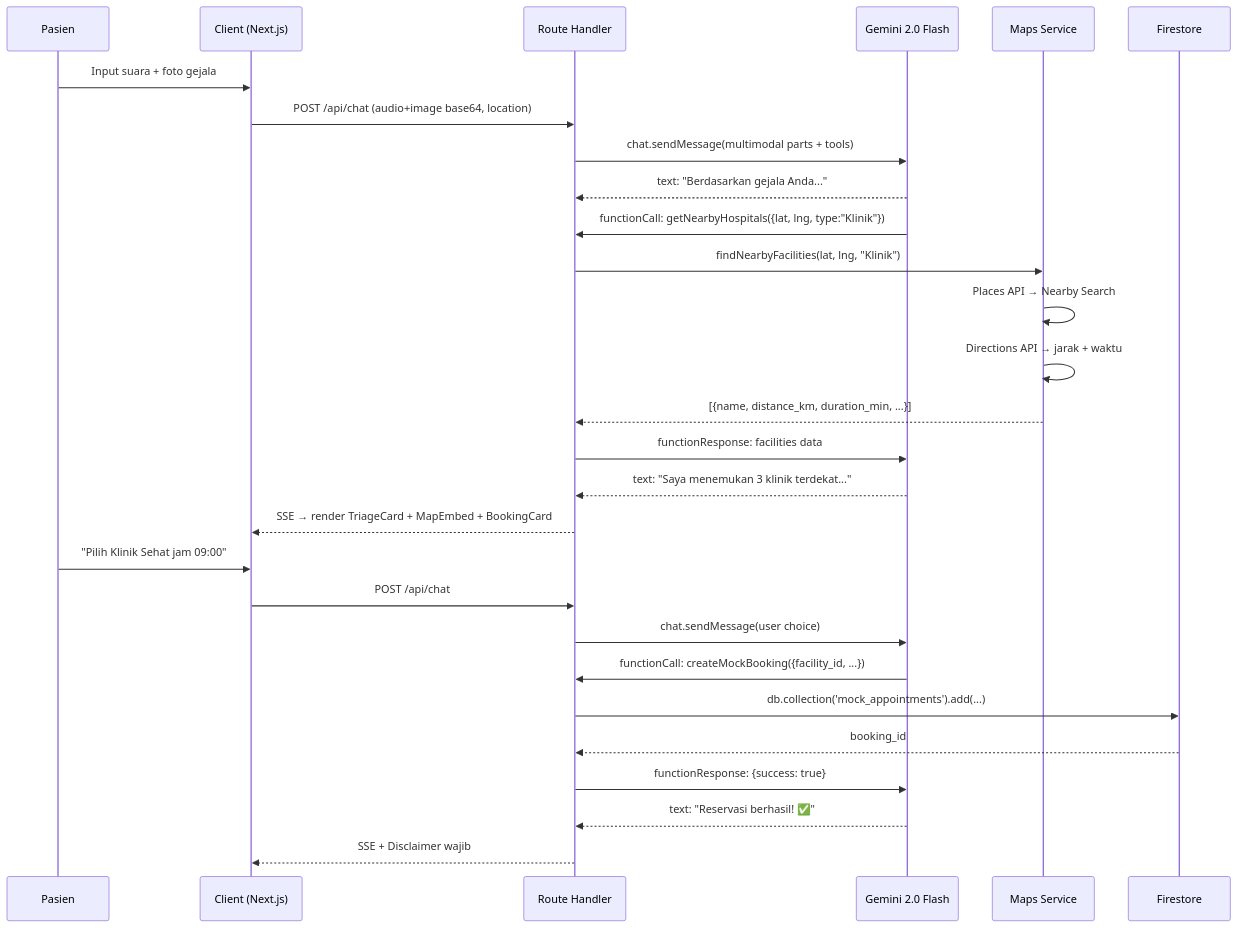
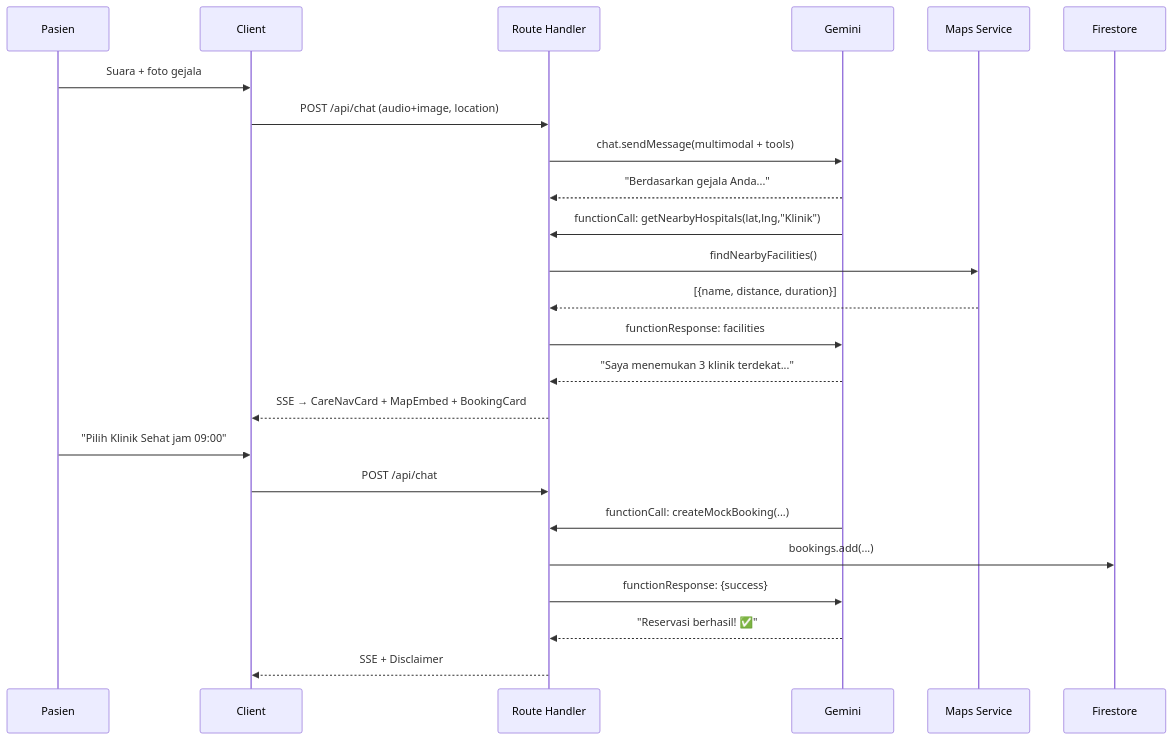
The second of 2 diagrams in implementation_plan.md (RaditRamadani/AIGD-Agent-Triage), drawn with Mermaid before and after one commit. The commit also changed other lines of this file and 19 other files, not shown here.

````diff
--- a/implementation_plan.md
+++ b/implementation_plan.md
@@ -671,32 +350,28 @@
 ```mermaid
 sequenceDiagram
     participant P as Pasien
-    participant C as Client (Next.js)
+    participant C as Client
     participant S as Route Handler
-    participant G as Gemini 2.0 Flash
+    participant G as Gemini
     participant M as Maps Service
     participant F as Firestore
 
-    P->>C: Input suara + foto gejala
-    C->>S: POST /api/chat (audio+image base64, location)
-    S->>G: chat.sendMessage(multimodal parts + tools)
-    G-->>S: text: "Berdasarkan gejala Anda..."
-    G->>S: functionCall: getNearbyHospitals({lat, lng, type:"Klinik"})
-    S->>M: findNearbyFacilities(lat, lng, "Klinik")
-    M->>M: Places API → Nearby Search
-    M->>M: Directions API → jarak + waktu
-    M-->>S: [{name, distance_km, duration_min, ...}]
-    S->>G: functionResponse: facilities data
-    G-->>S: text: "Saya menemukan 3 klinik terdekat..."
-    S-->>C: SSE → render TriageCard + MapEmbed + BookingCard
+    P->>C: Suara + foto gejala
+    C->>S: POST /api/chat (audio+image, location)
+    S->>G: chat.sendMessage(multimodal + tools)
+    G-->>S: "Berdasarkan gejala Anda..."
+    G->>S: functionCall: getNearbyHospitals(lat,lng,"Klinik")
+    S->>M: findNearbyFacilities()
+    M-->>S: [{name, distance, duration}]
+    S->>G: functionResponse: facilities
+    G-->>S: "Saya menemukan 3 klinik terdekat..."
+    S-->>C: SSE → CareNavCard + MapEmbed + BookingCard
 
     P->>C: "Pilih Klinik Sehat jam 09:00"
     C->>S: POST /api/chat
-    S->>G: chat.sendMessage(user choice)
-    G->>S: functionCall: createMockBooking({facility_id, ...})
-    S->>F: db.collection('mock_appointments').add(...)
-    F-->>S: booking_id
-    S->>G: functionResponse: {success: true}
-    G-->>S: text: "Reservasi berhasil! ✅"
-    S-->>C: SSE + Disclaimer wajib
+    G->>S: functionCall: createMockBooking(...)
+    S->>F: bookings.add(...)
+    S->>G: functionResponse: {success}
+    G-->>S: "Reservasi berhasil! ✅"
+    S-->>C: SSE + Disclaimer
 ```
````
